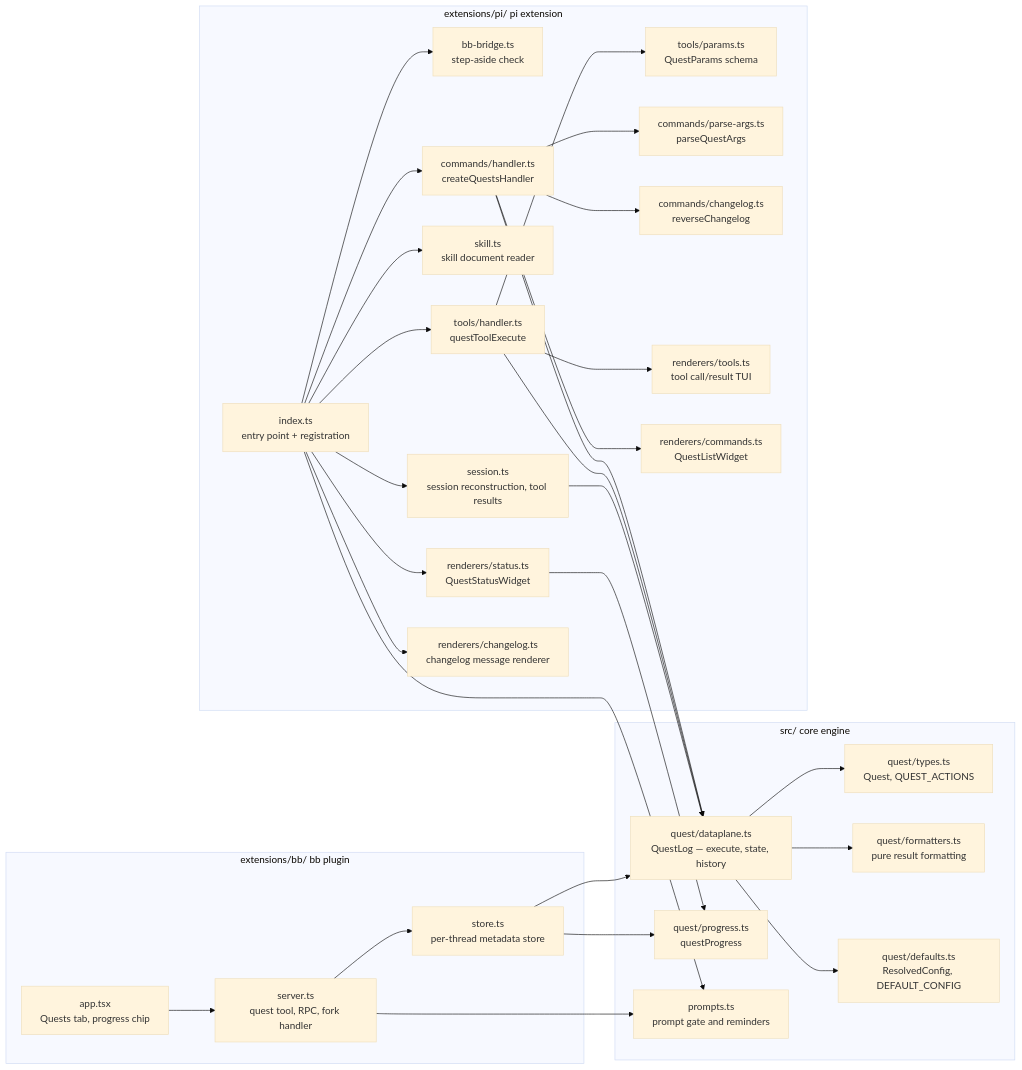
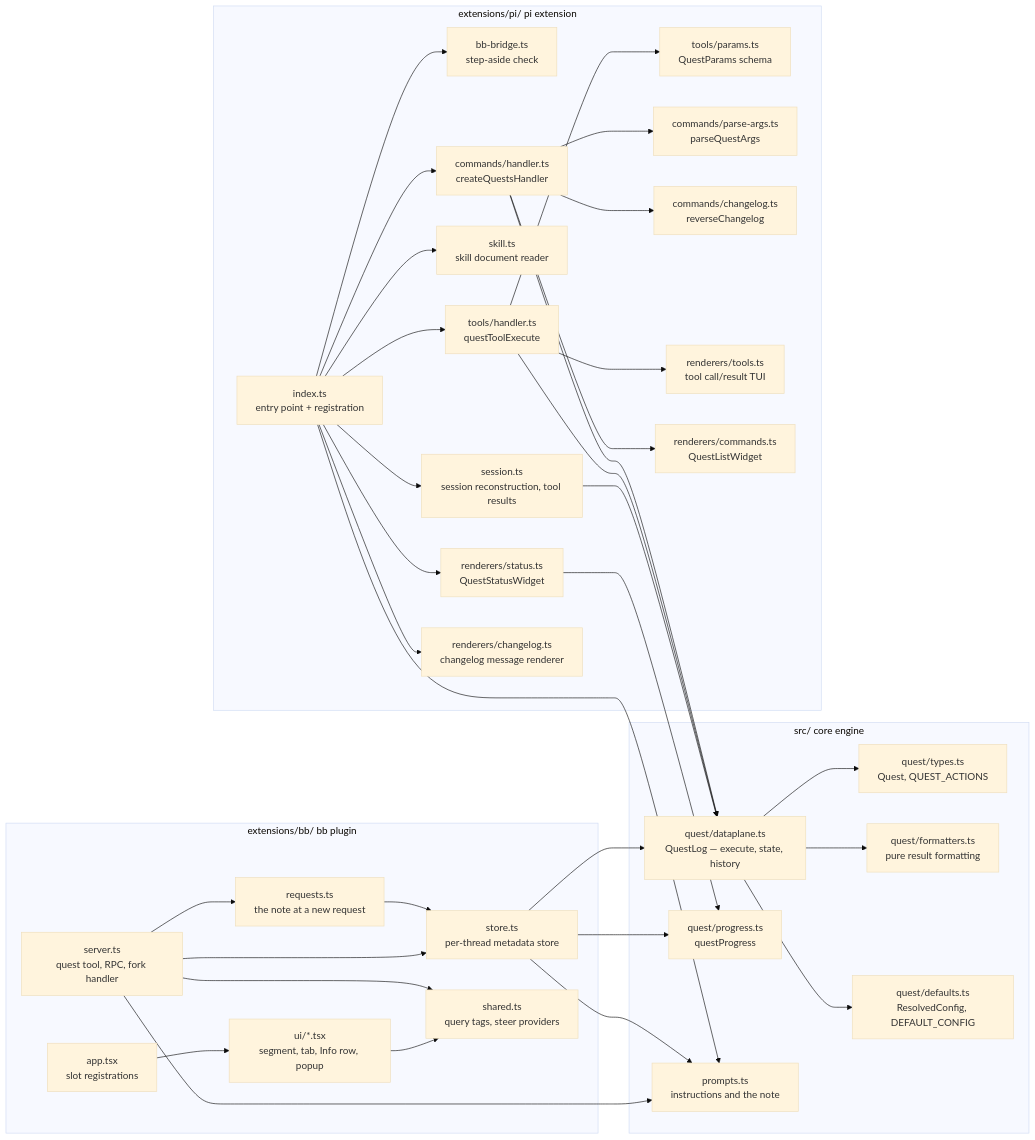
Before and after one commit to kalindudc/quests: the first of 4 diagrams in docs/architecture.md, drawn with Mermaid (base theme). The commit also changed other lines of this file and 44 other files, not shown here.

````diff
--- a/docs/architecture.md
+++ b/docs/architecture.md
@@ -26,59 +26,67 @@
 ```mermaid
 graph LR
     subgraph core_src[src/ core engine]
         dataplane[quest/dataplane.ts<br/>QuestLog — execute, state, history]
         quest_types[quest/types.ts<br/>Quest, QUEST_ACTIONS]
         quest_fmt[quest/formatters.ts<br/>pure result formatting]
         defaults[quest/defaults.ts<br/>ResolvedConfig, DEFAULT_CONFIG]
         progress[quest/progress.ts<br/>questProgress]
-        prompts[prompts.ts<br/>prompt gate and reminders]
+        prompts[prompts.ts<br/>instructions and the note]
     end
 
     subgraph pi_ext[extensions/pi/ pi extension]
         index[index.ts<br/>entry point + registration]
         bb_bridge[bb-bridge.ts<br/>step-aside check]
         session[session.ts<br/>session reconstruction, tool results]
         skill[skill.ts<br/>skill document reader]
         tool_handler[tools/handler.ts<br/>questToolExecute]
         tool_params[tools/params.ts<br/>QuestParams schema]
         cmd_handler[commands/handler.ts<br/>createQuestsHandler]
         cmd_parse[commands/parse-args.ts<br/>parseQuestArgs]
         cmd_changelog[commands/changelog.ts<br/>reverseChangelog]
         render_tools[renderers/tools.ts<br/>tool call/result TUI]
         render_cmds[renderers/commands.ts<br/>QuestListWidget]
         render_status[renderers/status.ts<br/>QuestStatusWidget]
         render_changelog[renderers/changelog.ts<br/>changelog message renderer]
     end
 
     subgraph bb_ext[extensions/bb/ bb plugin]
         server[server.ts<br/>quest tool, RPC, fork handler]
         store[store.ts<br/>per-thread metadata store]
-        app[app.tsx<br/>Quests tab, progress chip]
+        requests[requests.ts<br/>the note at a new request]
+        shared[shared.ts<br/>query tags, steer providers]
+        app[app.tsx<br/>slot registrations]
+        ui[ui/*.tsx<br/>segment, tab, Info row, popup]
     end
 
     index --> bb_bridge
     index --> session
     index --> skill
     index --> tool_handler
     index --> cmd_handler
     index --> render_status
     index --> render_changelog
     tool_handler --> tool_params
     tool_handler --> render_tools
     cmd_handler --> cmd_parse
     cmd_handler --> cmd_changelog
     cmd_handler --> render_cmds
     index --> prompts
     session --> dataplane
     tool_handler --> dataplane
     cmd_handler --> dataplane
     server --> store
+    server --> requests
     server --> prompts
+    requests --> store
     store --> dataplane
     store --> progress
+    store --> prompts
     render_status --> progress
-    app --> server
+    app --> ui
+    ui --> shared
+    server --> shared
     dataplane --> quest_fmt
     dataplane --> quest_types
     dataplane --> defaults
 ```
````
